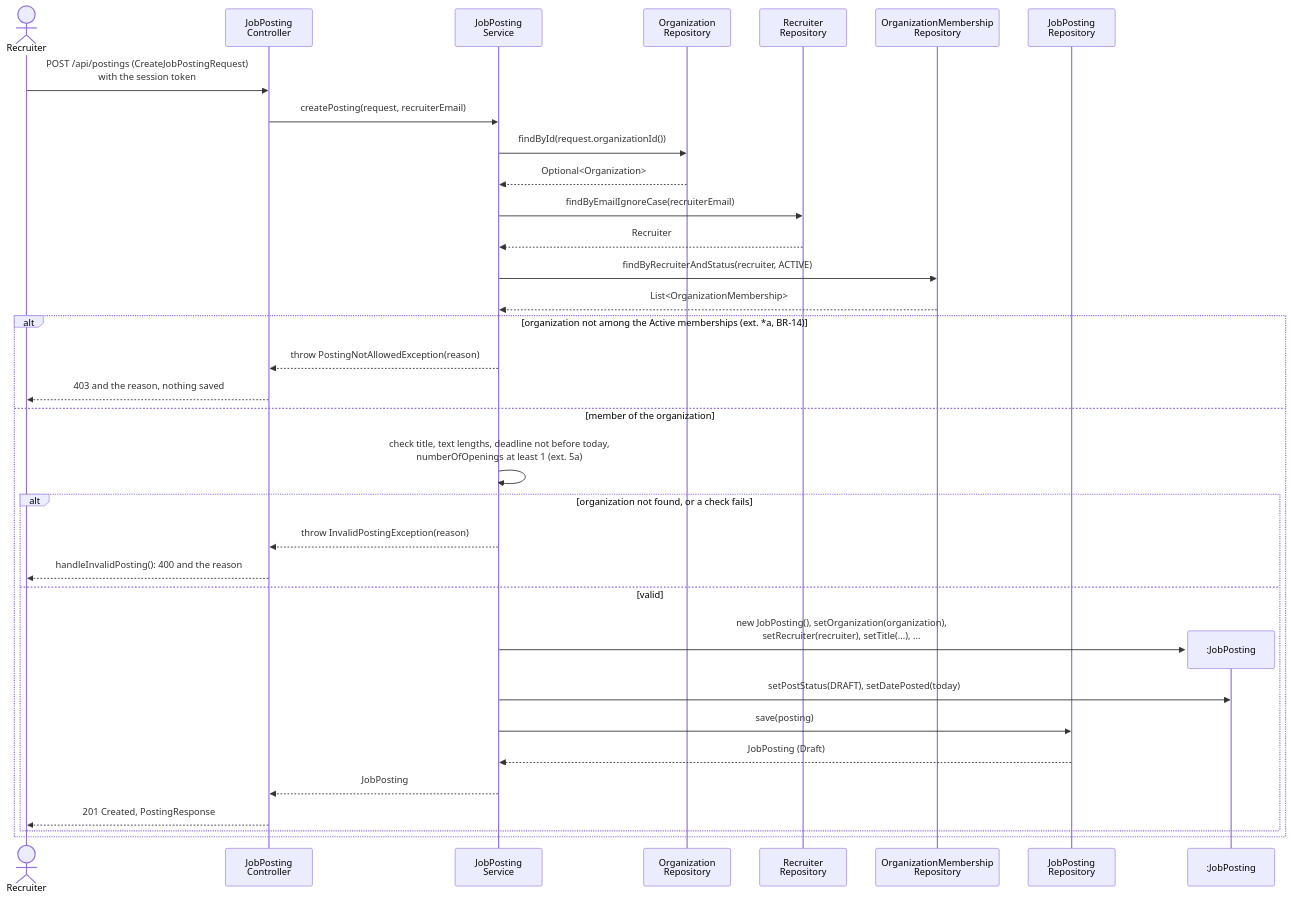
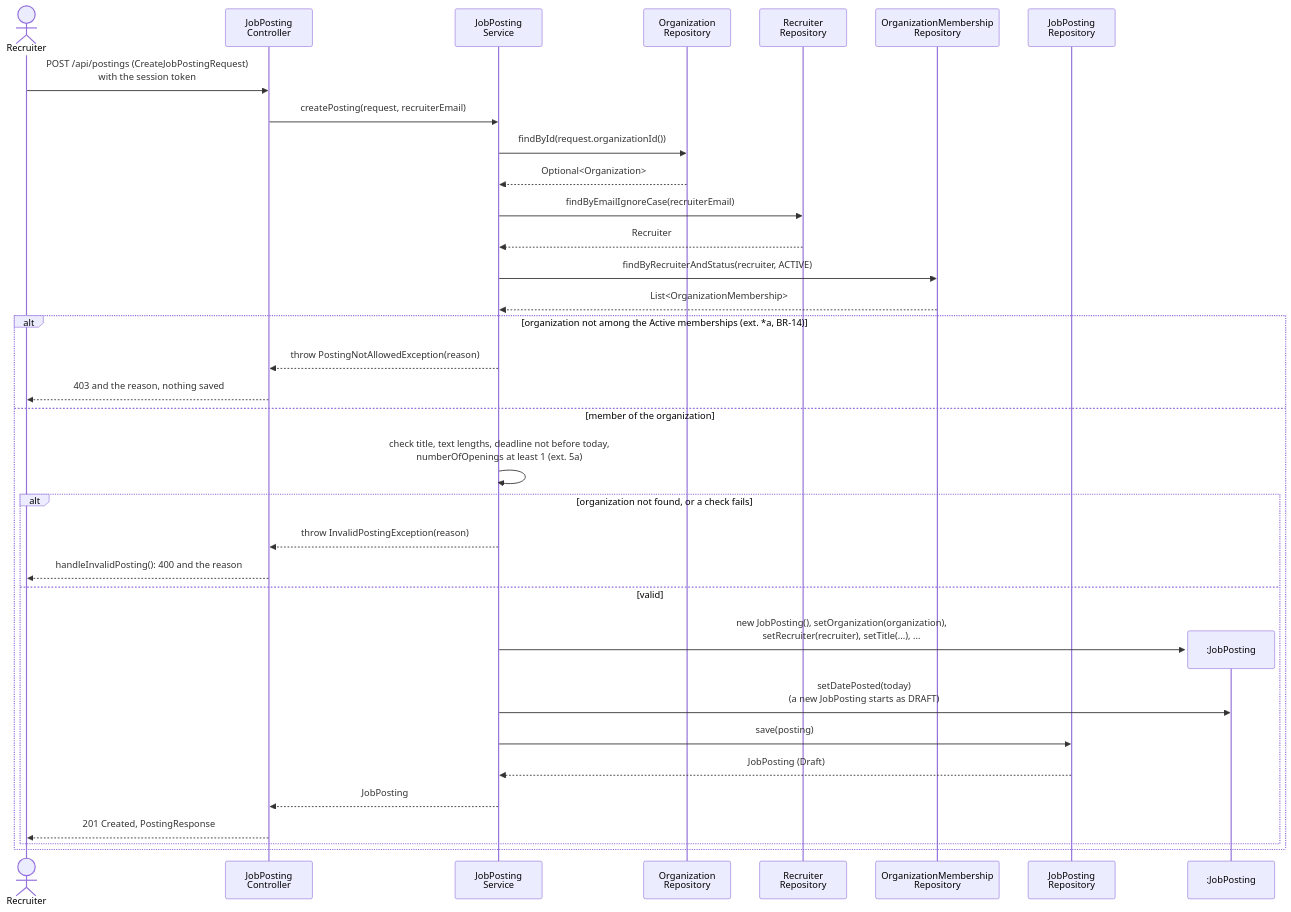
The tenth of 17 diagrams in spec/design.md (berdyshevol/careerbridge-csi5324), drawn with Mermaid before and after one commit. The commit also changed other lines of this file and 7 other files, not shown here.

Commit message:
SCRUM-268 Decisions check the state before the comment, lock their posting; ADR-0015, architecture and design follow the tables

````diff
--- a/spec/design.md
+++ b/spec/design.md
@@ -521,37 +524,37 @@
 ```mermaid
 sequenceDiagram
     actor R as Recruiter
     participant JC as JobPosting<br/>Controller
     participant JS as JobPosting<br/>Service
     participant OR as Organization<br/>Repository
     participant RR as Recruiter<br/>Repository
     participant MR as OrganizationMembership<br/>Repository
     participant JR as JobPosting<br/>Repository
 
     R->>JC: POST /api/postings (CreateJobPostingRequest)<br/>with the session token
     JC->>JS: createPosting(request, recruiterEmail)
     JS->>OR: findById(request.organizationId())
     OR-->>JS: Optional<Organization>
     JS->>RR: findByEmailIgnoreCase(recruiterEmail)
     RR-->>JS: Recruiter
     JS->>MR: findByRecruiterAndStatus(recruiter, ACTIVE)
     MR-->>JS: List<OrganizationMembership>
     alt organization not among the Active memberships (ext. *a, BR-14)
         JS-->>JC: throw PostingNotAllowedException(reason)
         JC-->>R: 403 and the reason, nothing saved
     else member of the organization
         JS->>JS: check title, text lengths, deadline not before today,<br/>numberOfOpenings at least 1 (ext. 5a)
         alt organization not found, or a check fails
             JS-->>JC: throw InvalidPostingException(reason)
             JC-->>R: handleInvalidPosting(): 400 and the reason
         else valid
             create participant P as :JobPosting
             JS->>P: new JobPosting(), setOrganization(organization),<br/>setRecruiter(recruiter), setTitle(...), ...
-            JS->>P: setPostStatus(DRAFT), setDatePosted(today)
+            JS->>P: setDatePosted(today)<br/>(a new JobPosting starts as DRAFT)
             JS->>JR: save(posting)
             JR-->>JS: JobPosting (Draft)
             JS-->>JC: JobPosting
             JC-->>R: 201 Created, PostingResponse
         end
     end
 ```
````
